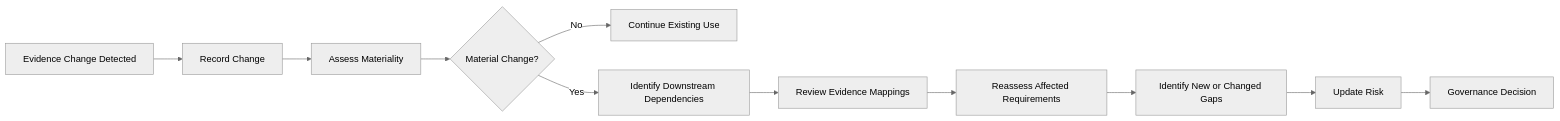
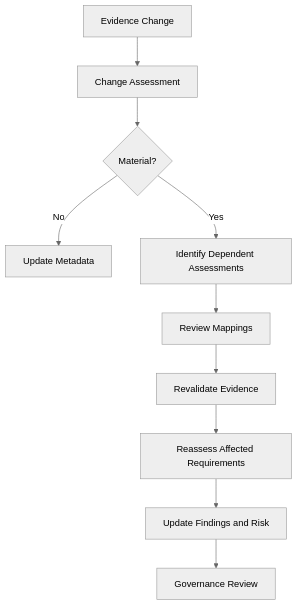
The fifth of 10 diagrams in 03_Reference_Architecture/Evidence-Architecture.md (SamJ083/evidence-convergence-framework), drawn with Mermaid (neutral theme) before and after one commit. The commit also changed other lines of this file, not shown here.

First line of the commit message:
Corrected the file contents to Evidence Architecture

````diff
--- a/03_Reference_Architecture/Evidence-Architecture.md
+++ b/03_Reference_Architecture/Evidence-Architecture.md
@@ -817,25 +796,23 @@
 ```mermaid
-flowchart LR
-    A[Evidence Change Detected]
-    B[Record Change]
-    C[Assess Materiality]
-    D{Material Change?}
-    E[Continue Existing Use]
-    F[Identify Downstream Dependencies]
-    G[Review Evidence Mappings]
+flowchart TD
+    A[Evidence Change]
+    B[Change Assessment]
+    C{Material?}
+    D[Update Metadata]
+    E[Identify Dependent Assessments]
+    F[Review Mappings]
+    G[Revalidate Evidence]
     H[Reassess Affected Requirements]
-    I[Identify New or Changed Gaps]
-    J[Update Risk]
-    K[Governance Decision]
+    I[Update Findings and Risk]
+    J[Governance Review]
 
     A --> B
     B --> C
-    C --> D
-    D -- No --> E
-    D -- Yes --> F
+    C -- No --> D
+    C -- Yes --> E
+    E --> F
     F --> G
     G --> H
     H --> I
     I --> J
-    J --> K
 ```
````
